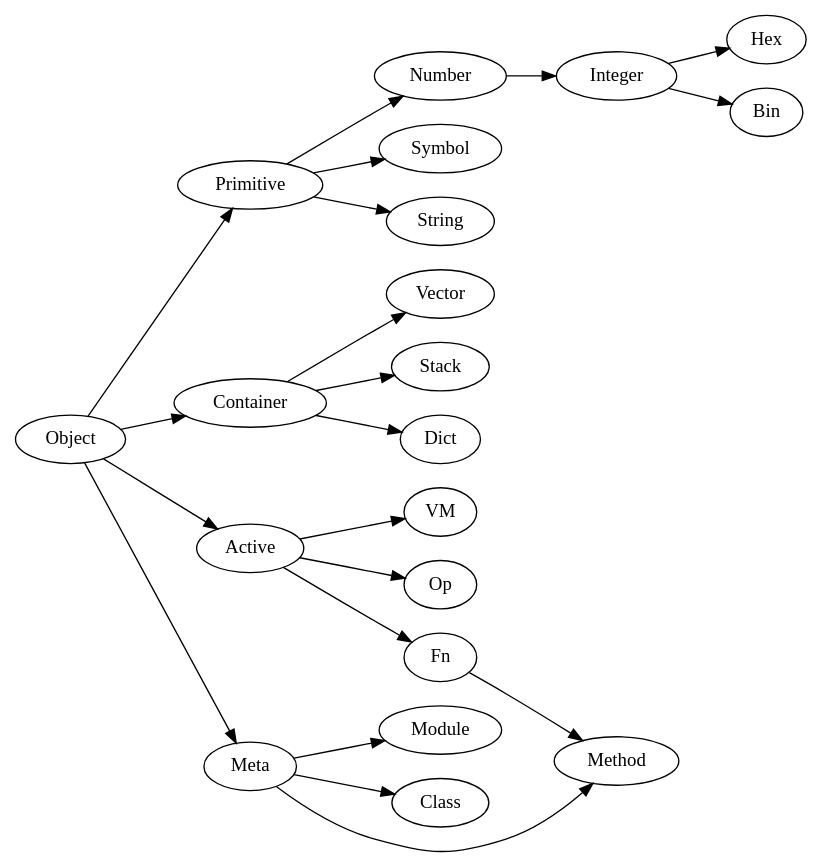
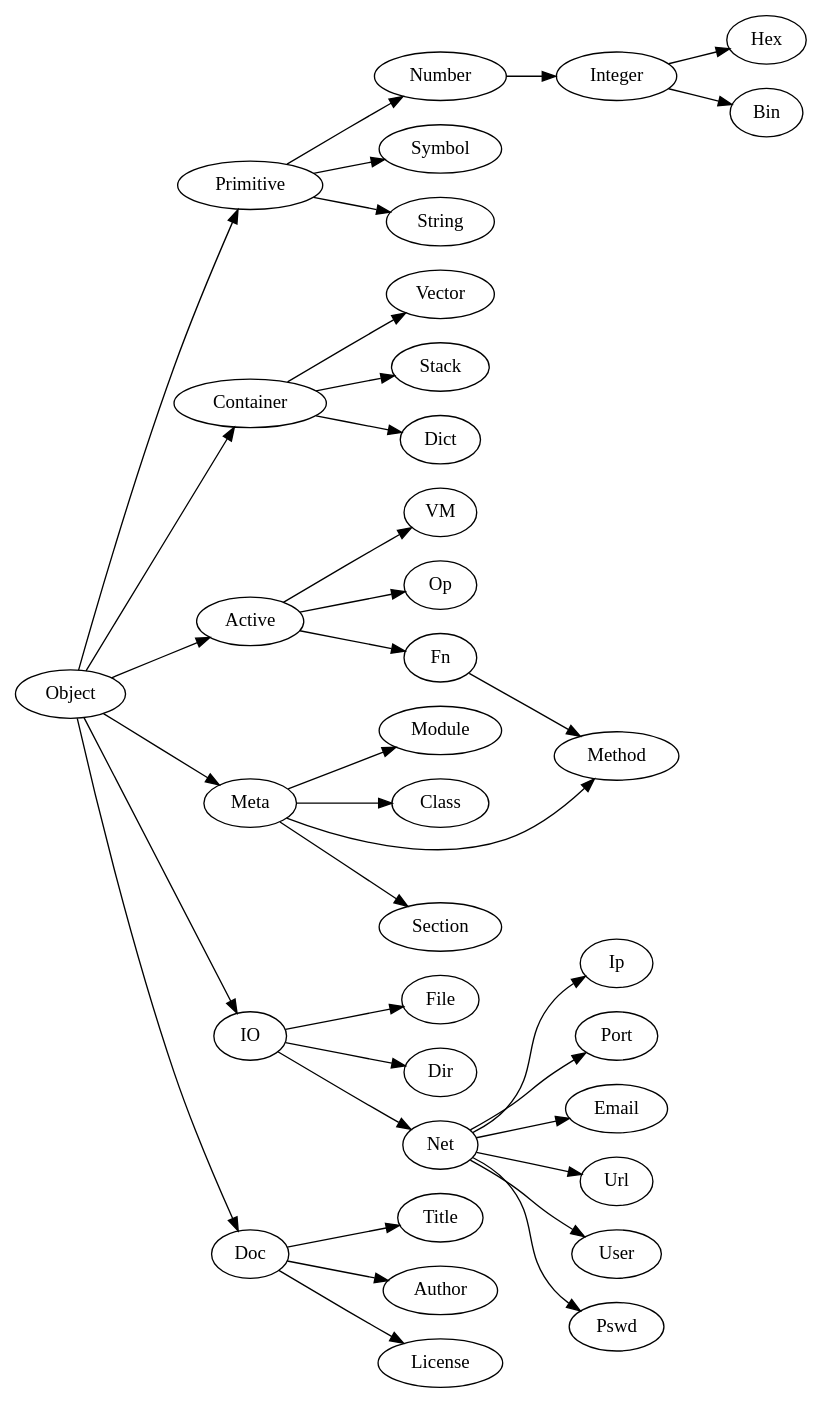
One commit to ponyatov/metaLv0 changed the diagram in doc/taxonomy.dot. Above: the diagram before and after it, drawn with Graphviz. The commit also changed 298 other files, not shown here.

```diff
--- a/doc/taxonomy.dot
+++ b/doc/taxonomy.dot
@@ -1,17 +1,31 @@
 digraph {
     rankdir=LR
     Object -> Primitive -> Number -> Integer -> Hex
     Integer -> Bin
     Primitive -> Symbol
     Primitive -> String
     Object -> Container -> Vector
     Container -> Stack
     Container -> Dict
     Object -> Active -> VM
     Active -> Op
     Active -> Fn
     Object -> Meta -> Module
     Meta -> Class
     Meta -> Method
+    Meta -> Section
     Fn -> Method
+    Object -> IO -> File
+    IO -> Dir
+    IO -> Net
+    Net -> Ip
+    Net -> Port
+    Net -> Email
+    Net -> Url
+    Net -> User
+    Net -> Pswd
+    Object -> Doc
+    Doc -> Title
+    Doc -> Author
+    Doc -> License
 }
```
